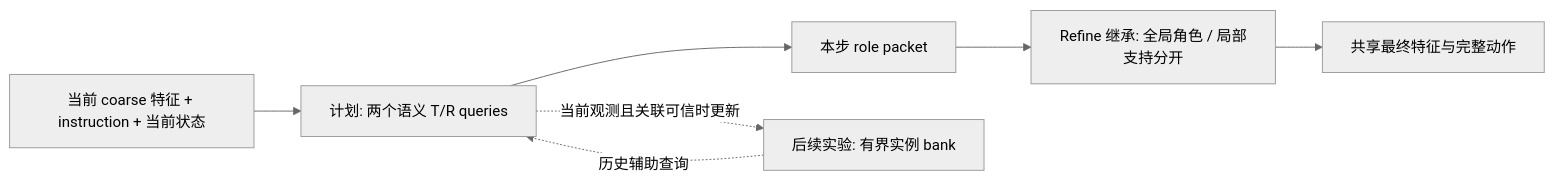
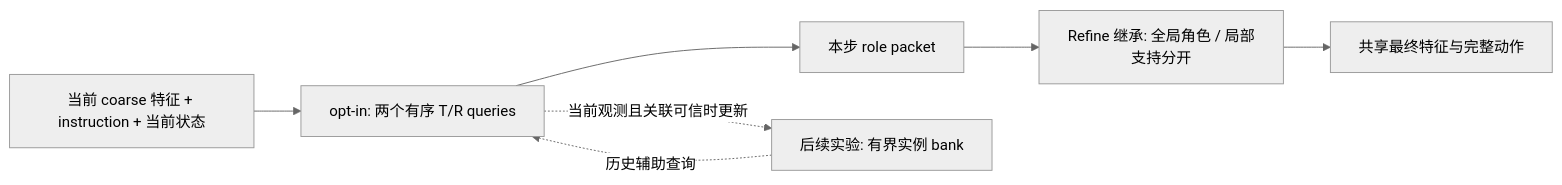
Before and after one commit to YW310/BridgeVLA: the diagram in docs/research/object-centric-policy-memory.md, drawn with Mermaid (neutral theme). The commit also changed other lines of this file and 4 other files, not shown here.

````diff
--- a/docs/research/object-centric-policy-memory.md
+++ b/docs/research/object-centric-policy-memory.md
@@ -120,9 +123,9 @@
 ```mermaid
 flowchart LR
-    O[当前 coarse 特征 + instruction + 当前状态] --> Q[计划: 两个语义 T/R queries]
+    O[当前 coarse 特征 + instruction + 当前状态] --> Q[opt-in: 两个有序 T/R queries]
     Q --> P[本步 role packet]
     P --> F[Refine 继承: 全局角色 / 局部支持分开]
     F --> A[共享最终特征与完整动作]
     B[后续实验: 有界实例 bank] -.历史辅助查询.-> Q
     Q -.当前观测且关联可信时更新.-> B
 ```
````
